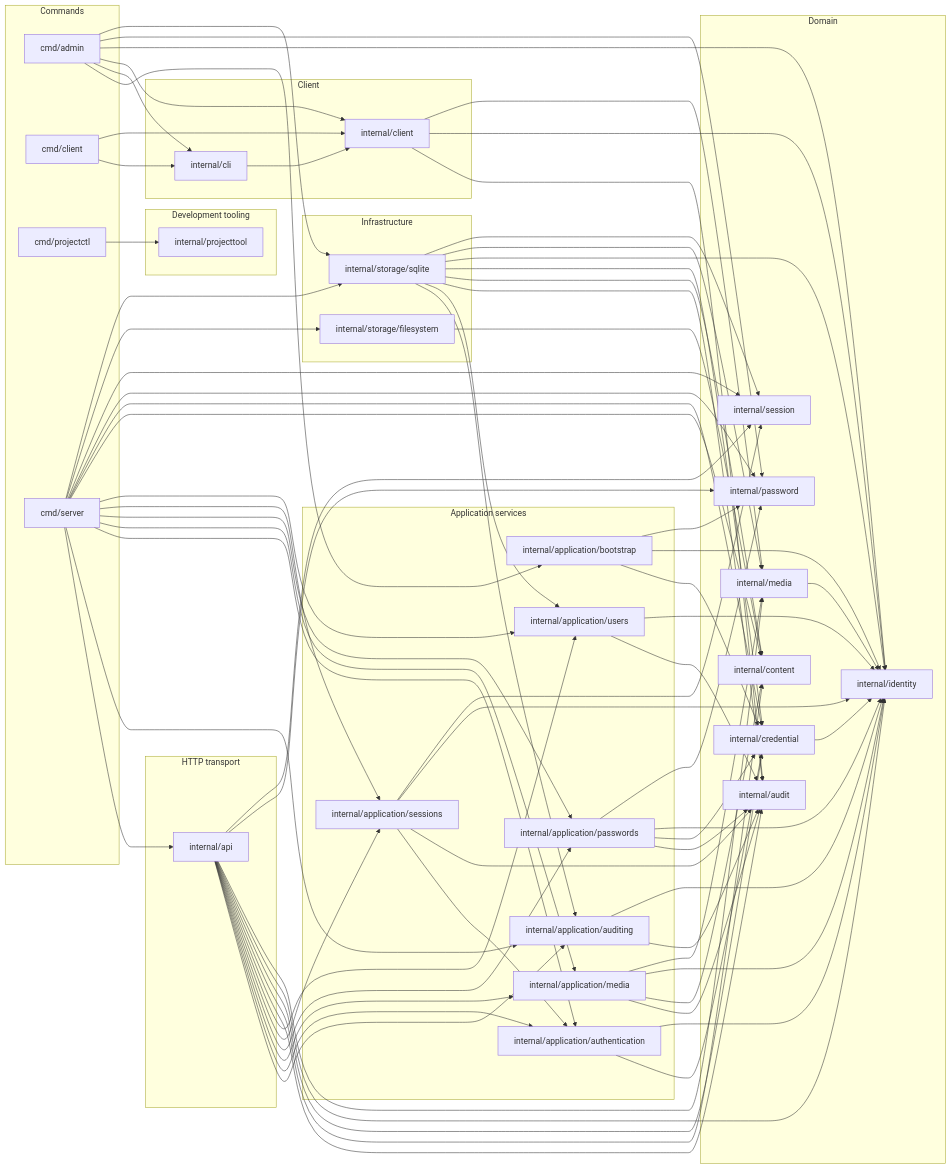
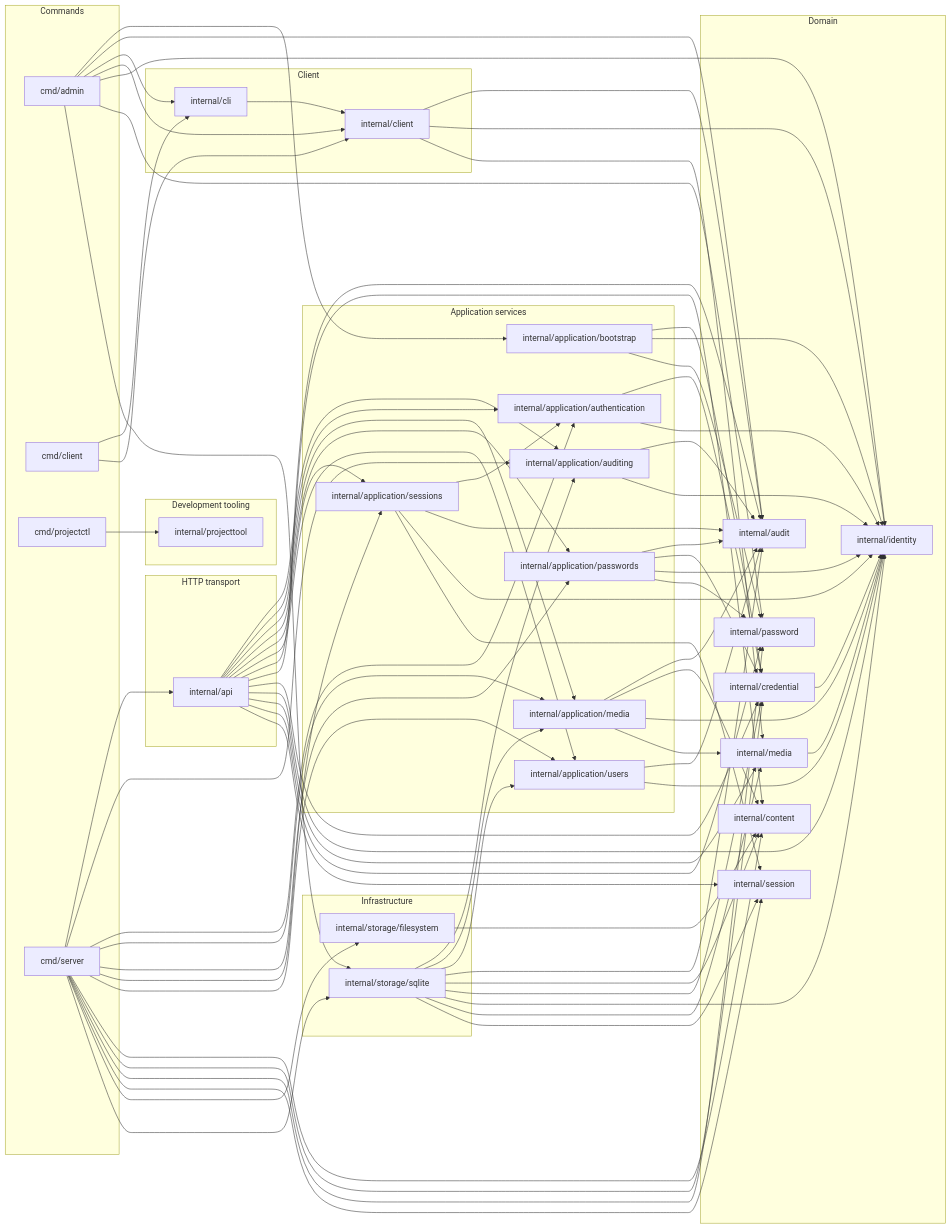
The diagram in docs/architecture.md (ebe542/go-mediaarchive), drawn with Mermaid before and after one commit. The commit also changed 11 other files, not shown here.

```diff
--- a/docs/architecture.md
+++ b/docs/architecture.md
@@ -59,6 +59,7 @@
     package20["internal/projecttool"]
   end
   package0 --> package7
+  package0 --> package12
   package0 --> package13
   package0 --> package14
   package0 --> package17
@@ -122,6 +123,7 @@
   package18 --> package17
   package22 --> package15
   package23 --> package5
+  package23 --> package8
   package23 --> package11
   package23 --> package12
   package23 --> package15
```
